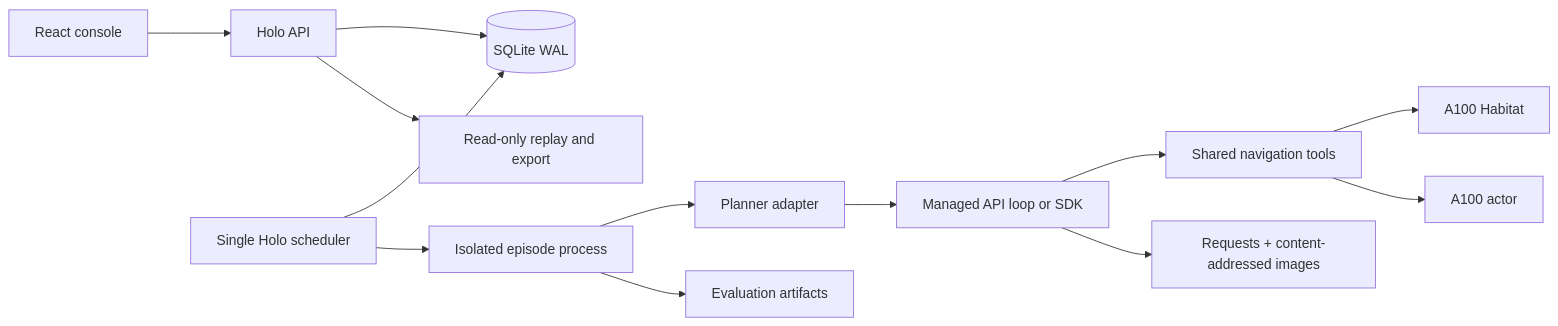
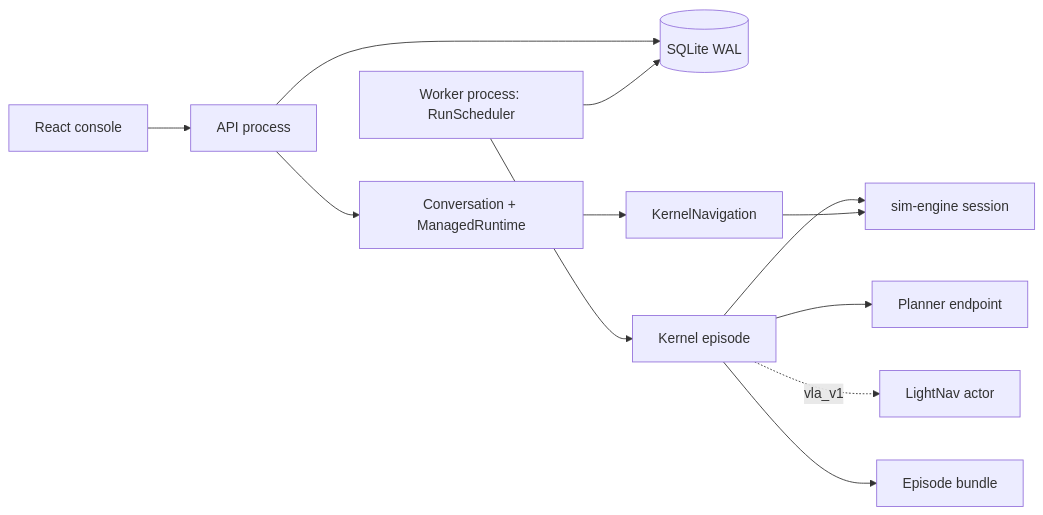
Before and after one commit to AhernResearch/open-nav-harness: the diagram in docs/ARCHITECTURE.md, drawn with Mermaid. The commit also changed other lines of this file and 13 other files, not shown here.

First line of the commit message:
Docs: describe the kernel platform only; drop navgpt-era guides

````diff
--- a/docs/ARCHITECTURE.md
+++ b/docs/ARCHITECTURE.md
@@ -18,15 +19,14 @@
 ```mermaid
 flowchart LR
-    UI[React console] --> API[Holo API]
+    UI[React console] --> API[API process]
     API --> DB[(SQLite WAL)]
-    Worker[Single Holo scheduler] --> DB
-    Worker --> Episode[Isolated episode process]
-    Episode --> Planner[Planner adapter]
-    Planner --> Loop[Managed API loop or SDK]
-    Loop --> Tools[Shared navigation tools]
-    Tools --> Env[A100 Habitat]
-    Tools --> VLA[A100 actor]
-    Loop --> Trace[Requests + content-addressed images]
-    Episode --> Results[Evaluation artifacts]
-    API --> Replay[Read-only replay and export]
+    Worker[Worker process: RunScheduler] --> DB
+    Worker --> Kernel[Kernel episode]
+    API --> Chat[Conversation + ManagedRuntime]
+    Chat --> Nav[KernelNavigation]
+    Kernel --> Planner[Planner endpoint]
+    Kernel --> Sim[sim-engine session]
+    Kernel -. vla_v1 .-> Actor[LightNav actor]
+    Nav --> Sim
+    Kernel --> Bundle[Episode bundle]
 ```
````
